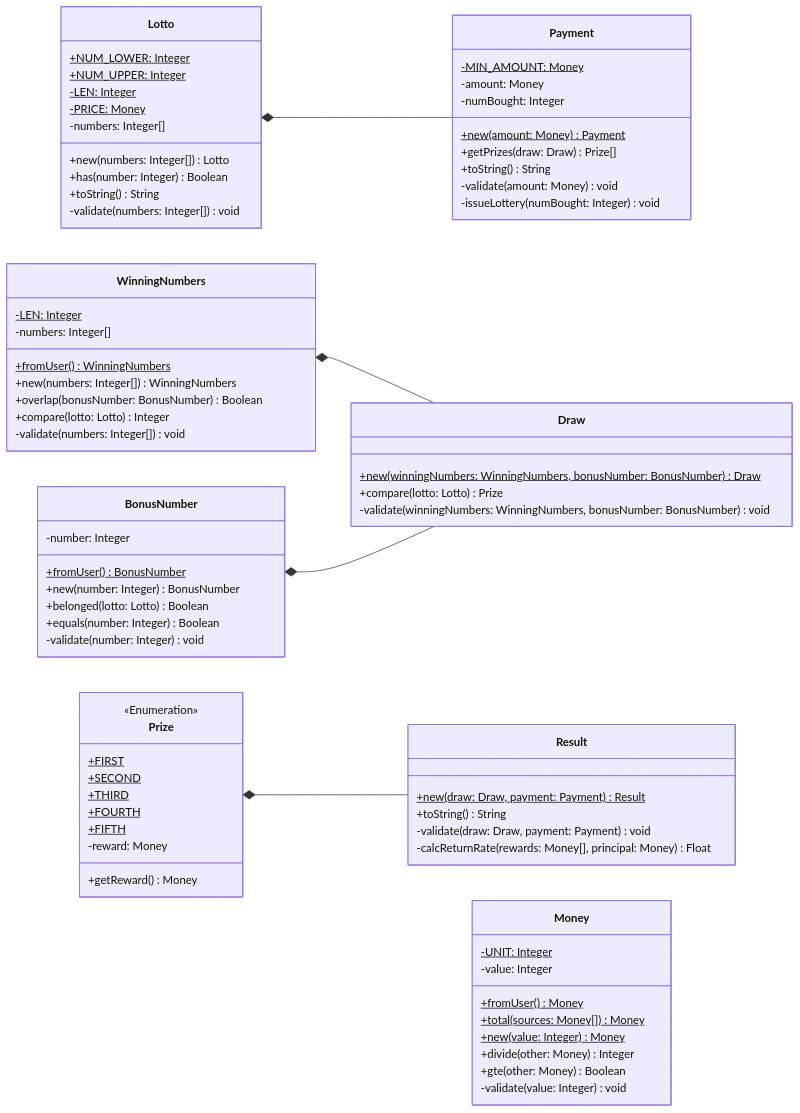
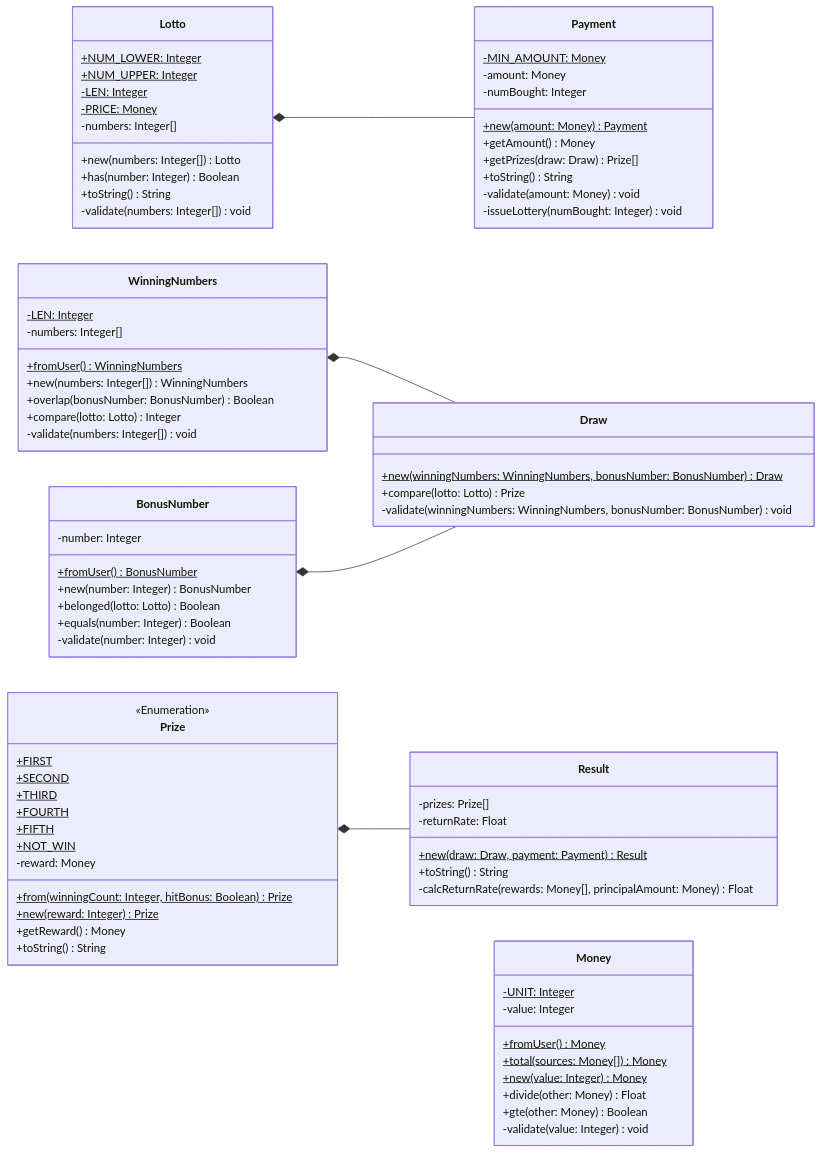
One commit to gdsc-konkuk/23-24_study_2nd_java-lotto-6 changed the sixth of 6 diagrams in docs/README.md. Above: the diagram before and after it, drawn with Mermaid. The commit also changed other lines of this file and 9 other files, not shown here.

````diff
--- a/docs/README.md
+++ b/docs/README.md
@@ -325,7 +337,7 @@
         +fromUser() Money$
         +total(sources: Money[]) Money$
         +new(value: Integer) Money$
-        +divide(other: Money) Integer
+        +divide(other: Money) Float
         +gte(other: Money) Boolean
         -validate(value: Integer) void
     }
@@ -335,6 +347,7 @@
         -amount: Money
         -numBought: Integer
         +new(amount: Money) Payment$
+        +getAmount() Money
         +getPrizes(draw: Draw) Prize[]
         +toString() String
         -validate(amount: Money) void
@@ -385,14 +398,19 @@
         +THIRD$
         +FOURTH$
         +FIFTH$
+        +NOT_WIN$
         -reward: Money
+        +from(winningCount: Integer, hitBonus: Boolean) Prize$
+        +new(reward: Integer) Prize$
         +getReward() Money
+        +toString() String
     }
 
     class Result {
+        -prizes: Prize[]
+        -returnRate: Float
         +new(draw: Draw, payment: Payment) Result$
         +toString() String
-        -validate(draw: Draw, payment: Payment) void
-        -calcReturnRate(rewards: Money[], principal: Money) Float
+        -calcReturnRate(rewards: Money[], principalAmount: Money) Float
     }
 ```
````
